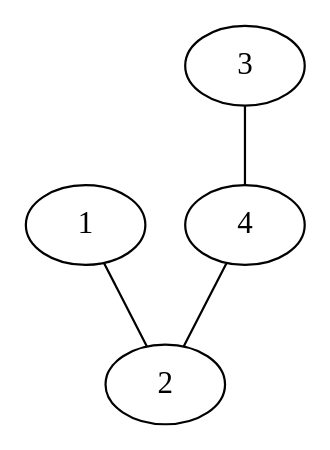
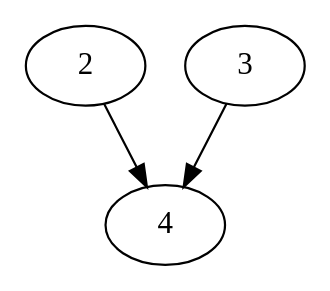
One commit to vinicius-de-souza/graphapplication changed the diagram in testes/diferenca.dot. Above: the diagram before and after it, drawn with Graphviz. The commit also changed 12 other files, not shown here.

```diff
--- a/testes/diferenca.dot
+++ b/testes/diferenca.dot
@@ -1,9 +1,6 @@
-strict graph G { 
- 
+strict digraph G {
 
-    1 --  2
-    2 --  1
-    4 --  2
-    3 --  4
+    2 ->  4
+    3 ->  4
 
  }
```
